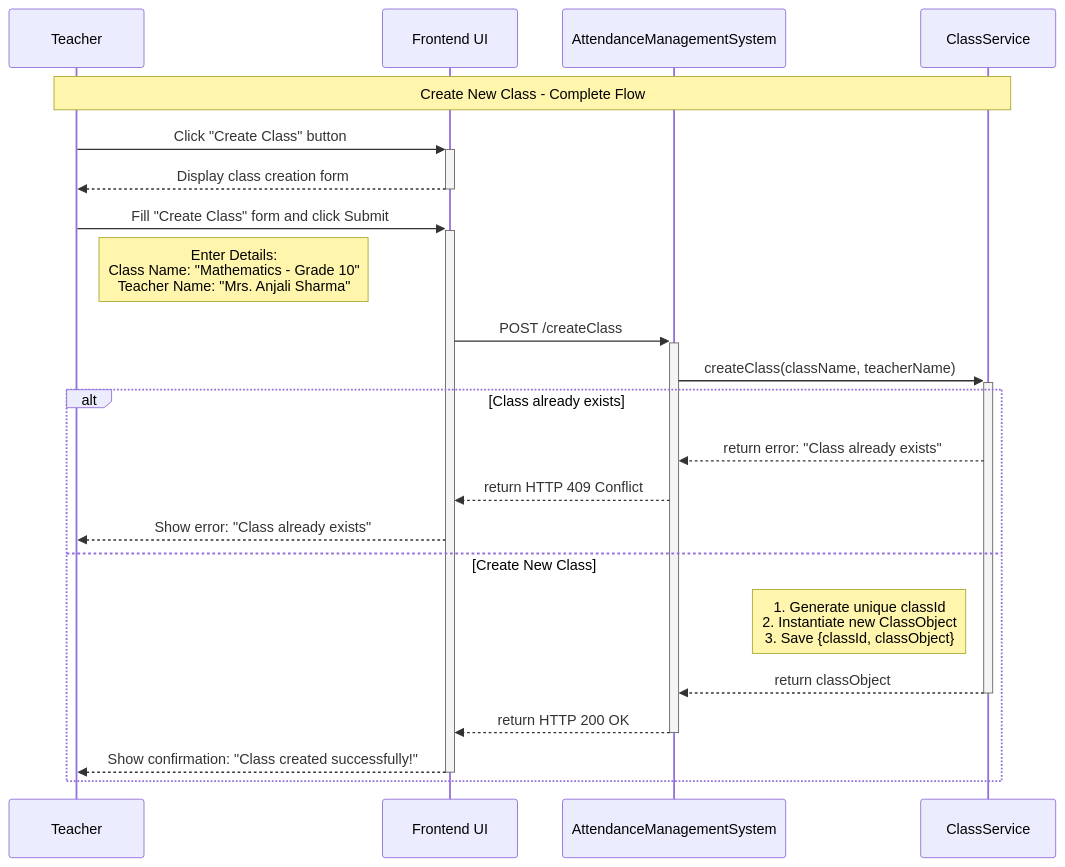
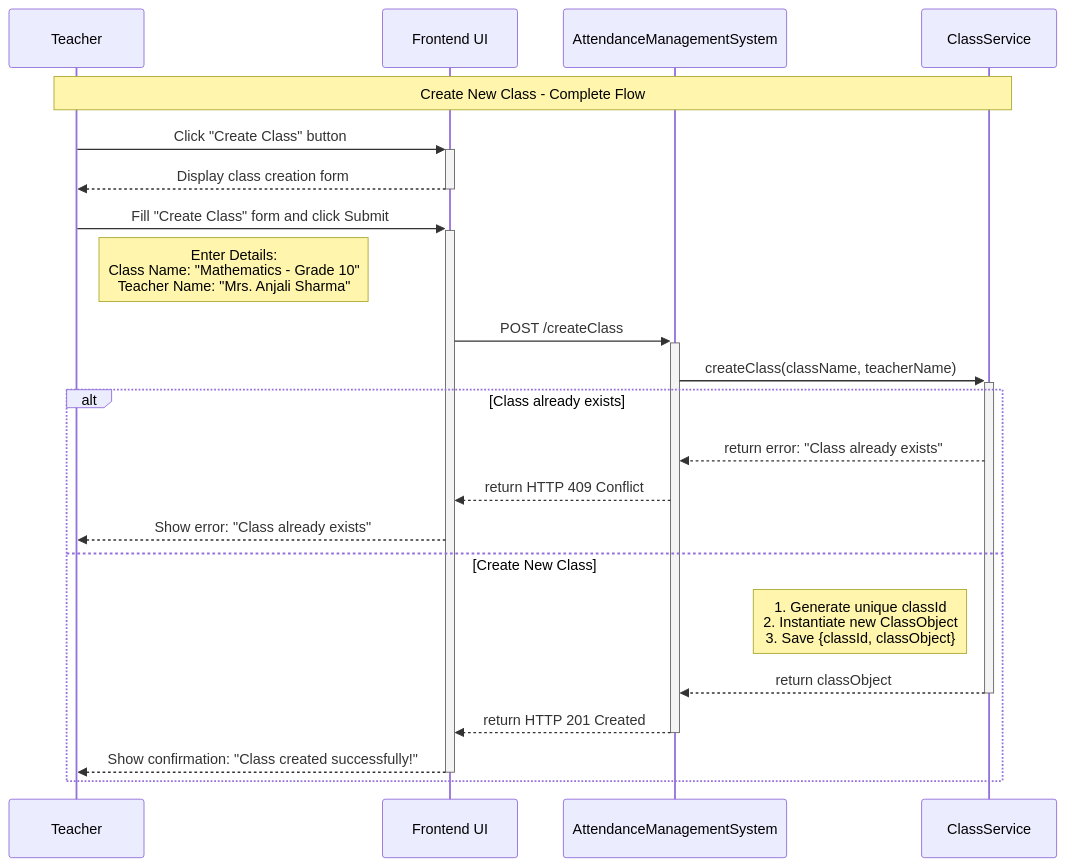
The first of 4 diagrams in Backend Engineering/Case Studies/Case Study 1. Attendance Management System/Documentation/2. Sequence Flow.md (NishchayAnand/software-engineering), drawn with Mermaid before and after one commit. The commit also changed other lines of this file and 7 other files, not shown here.

````diff
--- a/Backend Engineering/Case Studies/Case Study 1. Attendance Management System/Documentation/2. Sequence Flow.md
+++ b/Backend Engineering/Case Studies/Case Study 1. Attendance Management System/Documentation/2. Sequence Flow.md
@@ -30,30 +30,30 @@
 ```mermaid
 sequenceDiagram
 	participant T as Teacher
 	participant UI as Frontend UI
 	participant AMS as AttendanceManagementSystem
 	participant CS as ClassService
 
 	Note over T,CS: Create New Class - Complete Flow
 
 	%% Interaction 1: Click the "Create Class" Button
 	T->>+UI: Click "Create Class" button
 	UI-->>-T: Display class creation form
 
 	%% Interaction 2: Submit the "Create Class" Form
 	T->>+UI: Fill "Create Class" form and click Submit
 	Note right of T: Enter Details: <br/> Class Name: "Mathematics - Grade 10" <br/> Teacher Name: "Mrs. Anjali Sharma"
 	UI->>+AMS: POST /createClass
 	AMS->>+CS: createClass(className, teacherName)
 
 	alt Class already exists
 		CS-->>AMS: return error: "Class already exists"
 		AMS-->>UI: return HTTP 409 Conflict
 		UI-->>T: Show error: "Class already exists"
 	else Create New Class
 		Note left of CS: 1. Generate unique classId <br/> 2. Instantiate new ClassObject <br/> 3. Save {classId, classObject}
 		CS-->>-AMS: return classObject
-		AMS-->>-UI: return HTTP 200 OK
+		AMS-->>-UI: return HTTP 201 Created
 		UI-->>-T: Show confirmation: "Class created successfully!"
 	end
 ```
````
